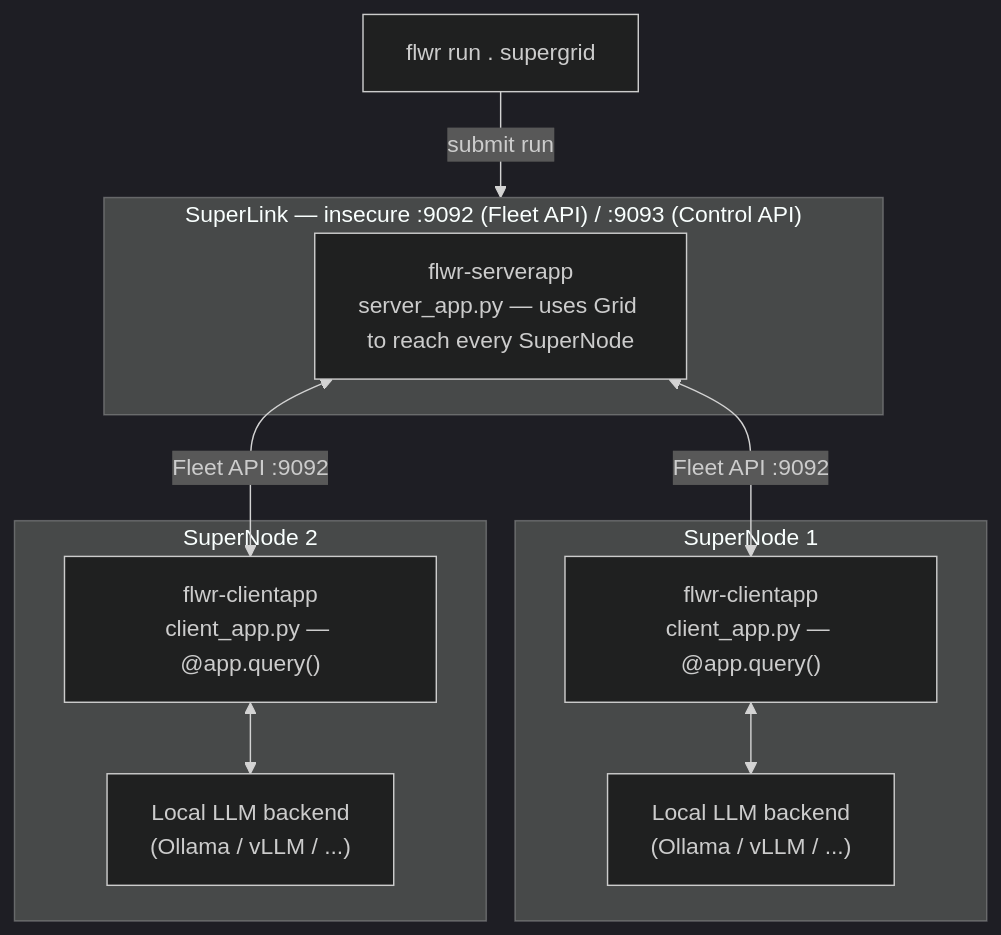
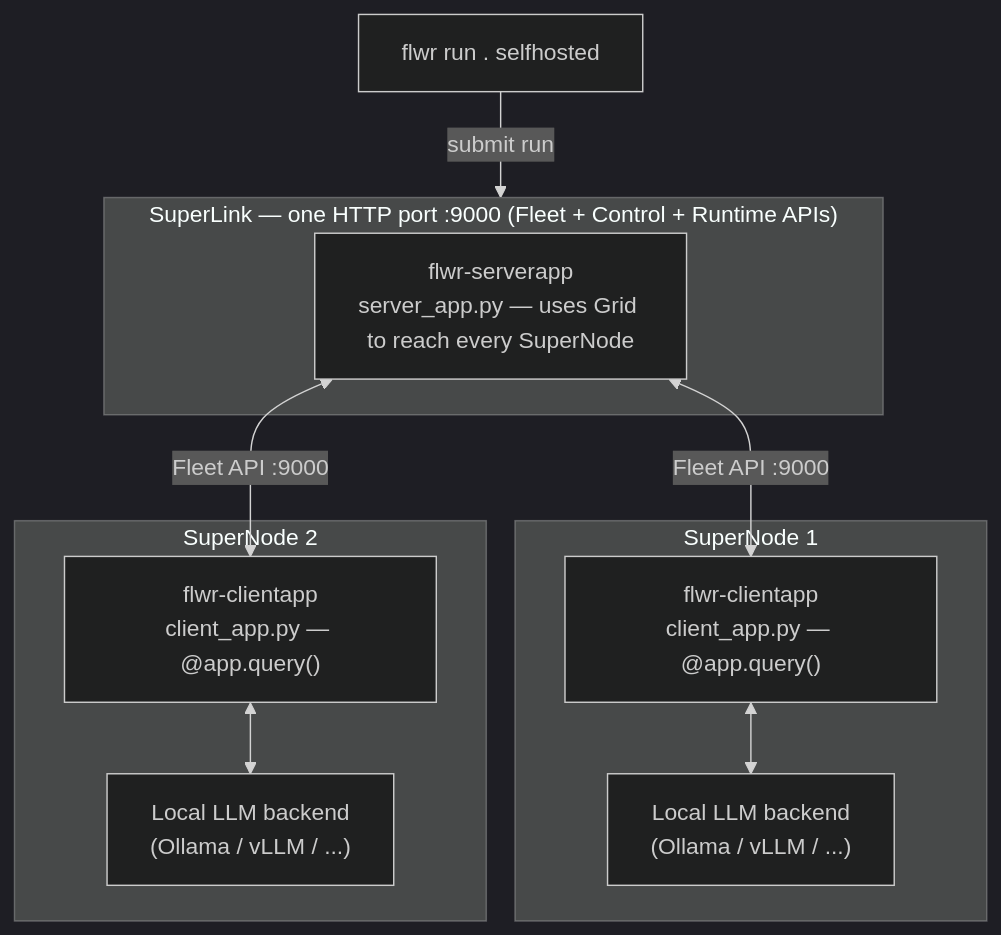
One commit to JuanMaParraU/inference_flower_supergrid changed the first of 2 diagrams in README.md. Above: the diagram before and after it, drawn with Mermaid (dark theme). The commit also changed other lines of this file and 5 other files, not shown here.

Commit message:
Updated to use a newer version of Flower supergrid >1.4

````diff
--- a/README.md
+++ b/README.md
@@ -21,24 +21,24 @@
 ```mermaid
 flowchart TB
-    CLI["flwr run . supergrid"]
+    CLI["flwr run . selfhosted"]
 
-    subgraph SuperLink["SuperLink — insecure :9092 (Fleet API) / :9093 (Control API)"]
+    subgraph SuperLink["SuperLink — one HTTP port :9000 (Fleet + Control + Runtime APIs)"]
         SA["flwr-serverapp<br/>server_app.py — uses Grid to reach every SuperNode"]
     end
 
     subgraph Node1["SuperNode 1"]
         CA1["flwr-clientapp<br/>client_app.py — @app.query()"]
         B1["Local LLM backend<br/>(Ollama / vLLM / ...)"]
         CA1 <--> B1
     end
 
     subgraph Node2["SuperNode 2"]
         CA2["flwr-clientapp<br/>client_app.py — @app.query()"]
         B2["Local LLM backend<br/>(Ollama / vLLM / ...)"]
         CA2 <--> B2
     end
 
     CLI -- "submit run" --> SuperLink
-    SA <-- "Fleet API :9092" --> CA1
-    SA <-- "Fleet API :9092" --> CA2
+    SA <-- "Fleet API :9000" --> CA1
+    SA <-- "Fleet API :9000" --> CA2
 ```
````
